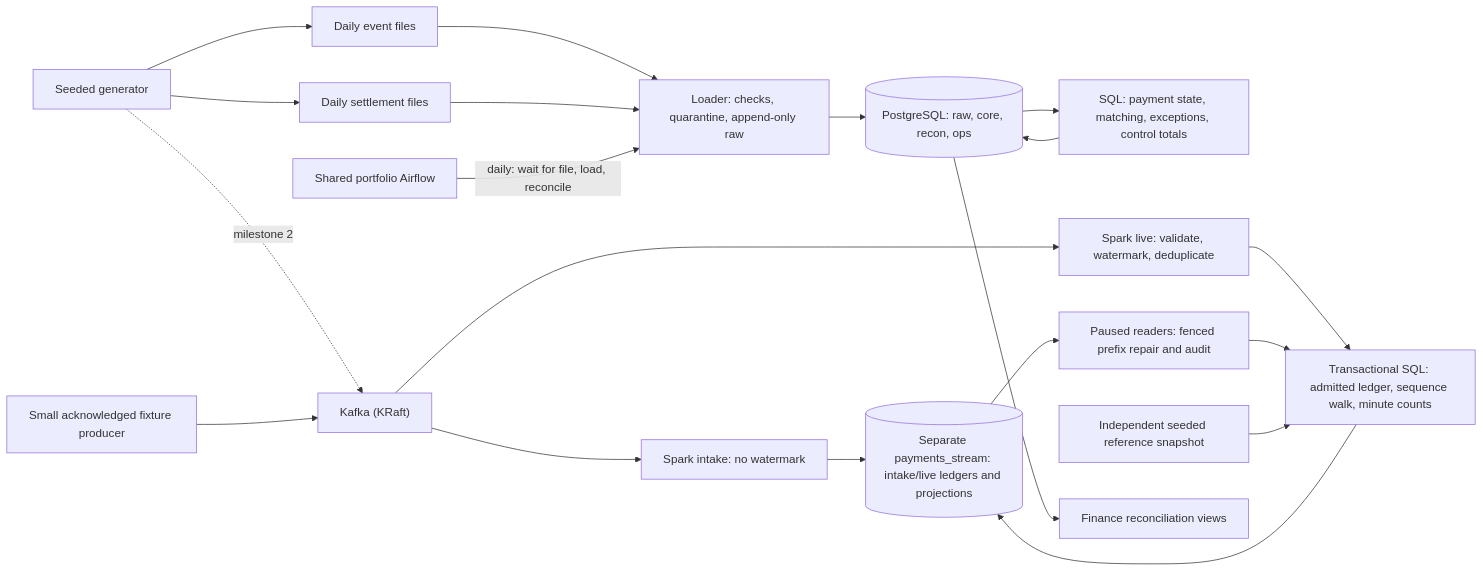
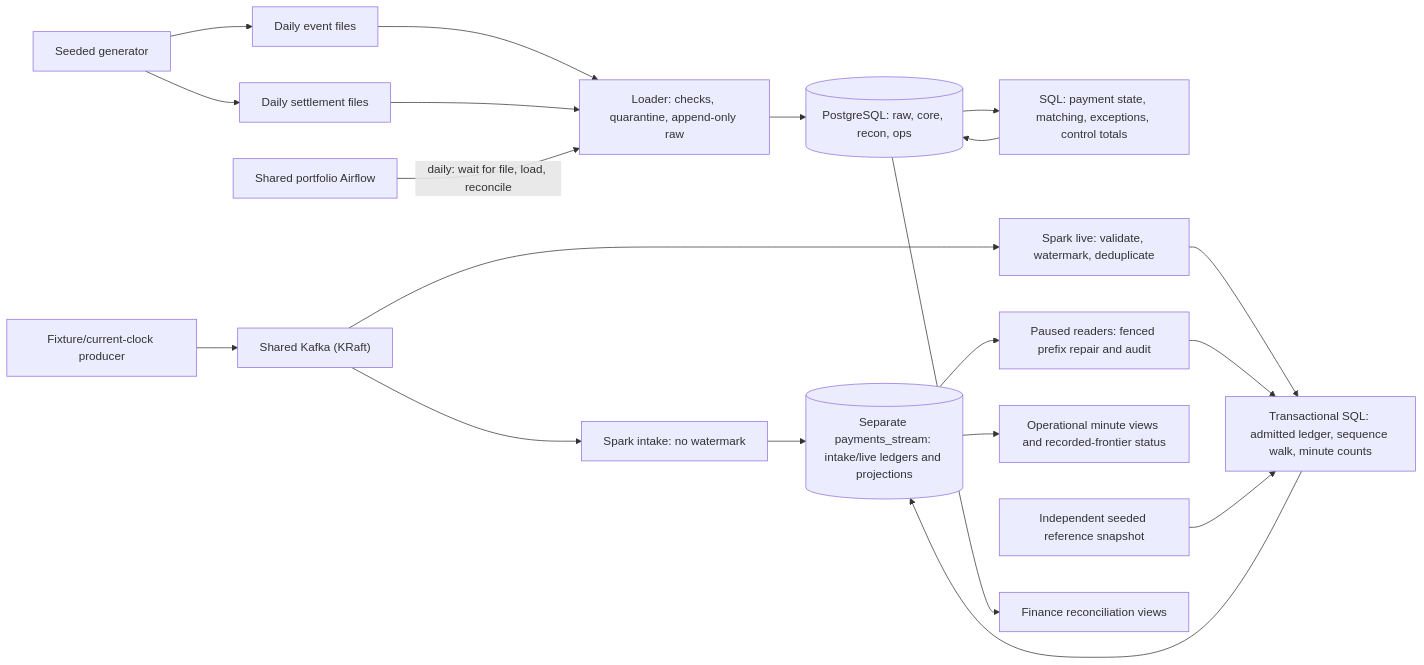
Before and after one commit to mhanssari/Data-AI-Engineering-Portfolio: the diagram in cases/03-payment-reconciliation/docs/architecture.md, drawn with Mermaid. The commit also changed other lines of this file and 22 other files, not shown here.

````diff
--- a/cases/03-payment-reconciliation/docs/architecture.md
+++ b/cases/03-payment-reconciliation/docs/architecture.md
@@ -7,21 +7,21 @@
 ```mermaid
 flowchart LR
   G["Seeded generator"] --> EF["Daily event files"]
   G --> SF["Daily settlement files"]
-  G -. "milestone 2" .-> K["Kafka (KRaft)"]
-  FP["Small acknowledged fixture producer"] --> K
+  FP["Fixture/current-clock producer"] --> K["Shared Kafka (KRaft)"]
   K --> SI["Spark intake: no watermark"]
   SI --> SD[("Separate payments_stream: intake/live ledgers and projections")]
   EF & SF --> L["Loader: checks, quarantine, append-only raw"]
   L --> PG[("PostgreSQL: raw, core, recon, ops")]
   PG --> R["SQL: payment state, matching, exceptions, control totals"]
   R --> PG
   K --> S["Spark live: validate, watermark, deduplicate"]
   S --> LS["Transactional SQL: admitted ledger, sequence walk, minute counts"]
   LS --> SD
   SD --> BF["Paused readers: fenced prefix repair and audit"]
+  SD --> OP["Operational minute views and recorded-frontier status"]
   BF --> LS
   MR["Independent seeded reference snapshot"] --> LS
   AF["Shared portfolio Airflow"] -- "daily: wait for file, load, reconcile" --> L
   PG --> V["Finance reconciliation views"]
 ```
````
